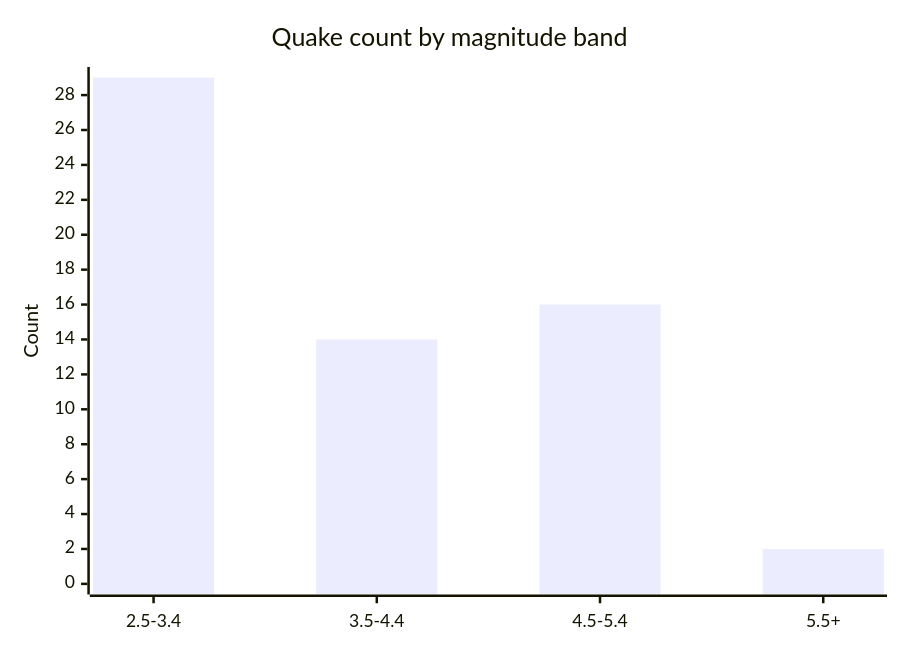
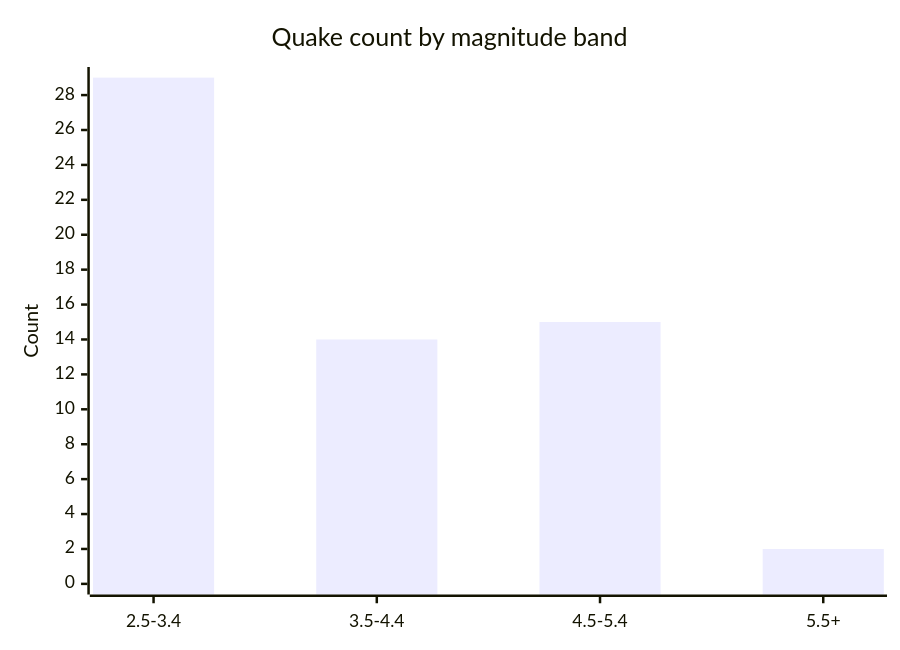
The fifth of 6 diagrams in docs/GRAPHS.md (Midwest-Stratospheric/aerostratospheric-defense-gir), drawn with Mermaid before and after one commit. The commit also changed other lines of this file and 14 other files, not shown here.

````diff
--- a/docs/GRAPHS.md
+++ b/docs/GRAPHS.md
@@ -82,7 +82,7 @@
 ```mermaid
 xychart-beta
   title "Quake count by magnitude band"
   x-axis ["2.5-3.4", "3.5-4.4", "4.5-5.4", "5.5+"]
   y-axis "Count" 0 --> 29
-  bar [29, 14, 16, 2]
+  bar [29, 14, 15, 2]
 ```
````
